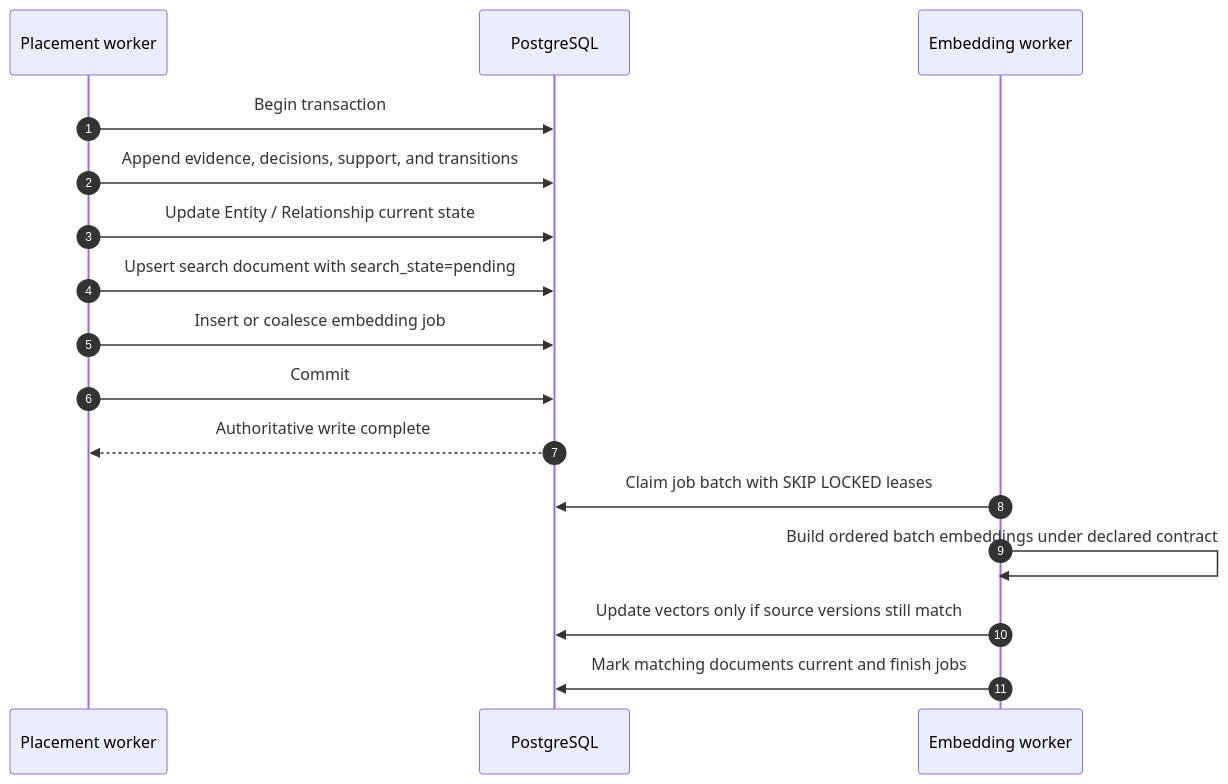
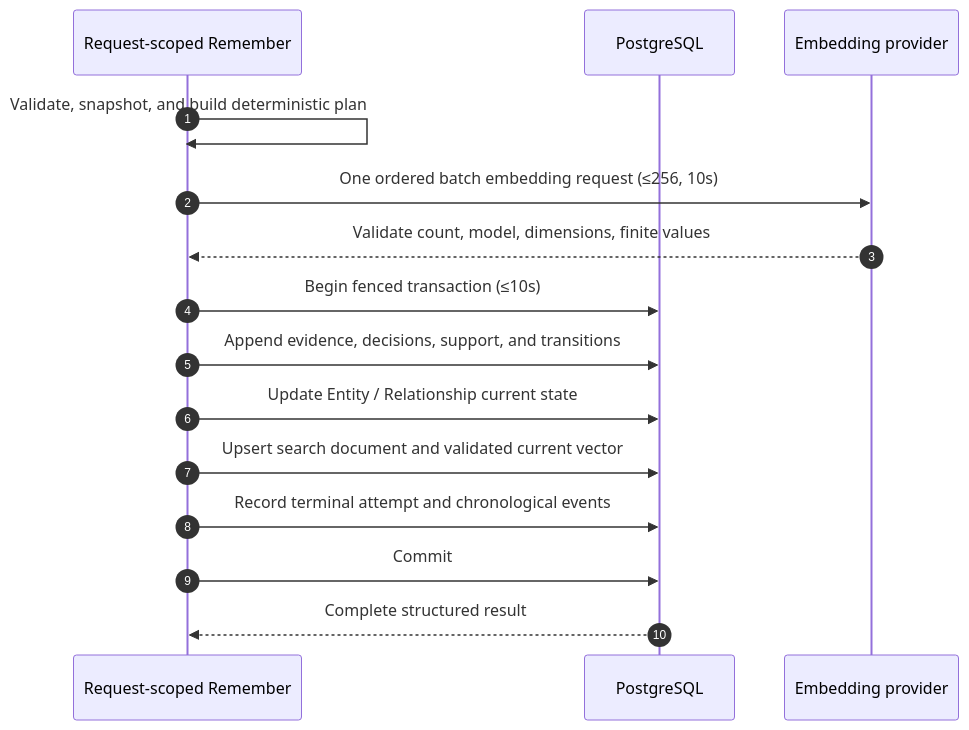
Before and after one commit to markhuangai/dense-mem: the seventh of 12 diagrams in Data-Model-And-Storage.md, drawn with Mermaid. The commit also changed other lines of this file and 24 other files, not shown here.

````diff
--- a/Data-Model-And-Storage.md
+++ b/Data-Model-And-Storage.md
@@ -382,21 +369,19 @@
 ```mermaid
 %%{init: {"sequence": {"rightAngles": true}}}%%
 sequenceDiagram
   autonumber
-  participant W as Placement worker
+  participant W as Request-scoped Remember
   participant P as PostgreSQL
-  participant E as Embedding worker
+  participant E as Embedding provider
 
-  W->>P: Begin transaction
+  W->>W: Validate, snapshot, and build deterministic plan
+  W->>E: One ordered batch embedding request (≤256, 10s)
+  E-->>W: Validate count, model, dimensions, finite values
+  W->>P: Begin fenced transaction (≤10s)
   W->>P: Append evidence, decisions, support, and transitions
   W->>P: Update Entity / Relationship current state
-  W->>P: Upsert search document with search_state=pending
-  W->>P: Insert or coalesce embedding job
+  W->>P: Upsert search document and validated current vector
+  W->>P: Record terminal attempt and chronological events
   W->>P: Commit
-  P-->>W: Authoritative write complete
-
-  E->>P: Claim job batch with SKIP LOCKED leases
-  E->>E: Build ordered batch embeddings under declared contract
-  E->>P: Update vectors only if source versions still match
-  E->>P: Mark matching documents current and finish jobs
+  P-->>W: Complete structured result
 ```
````
